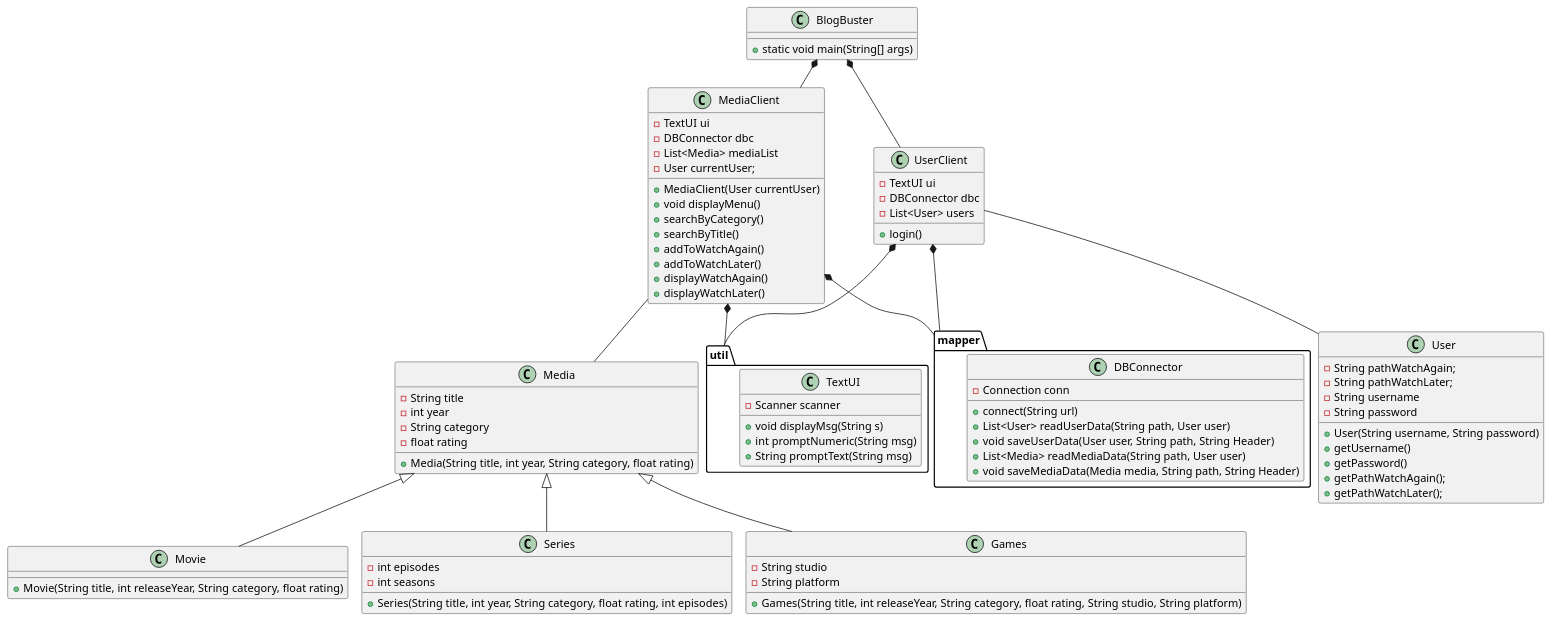
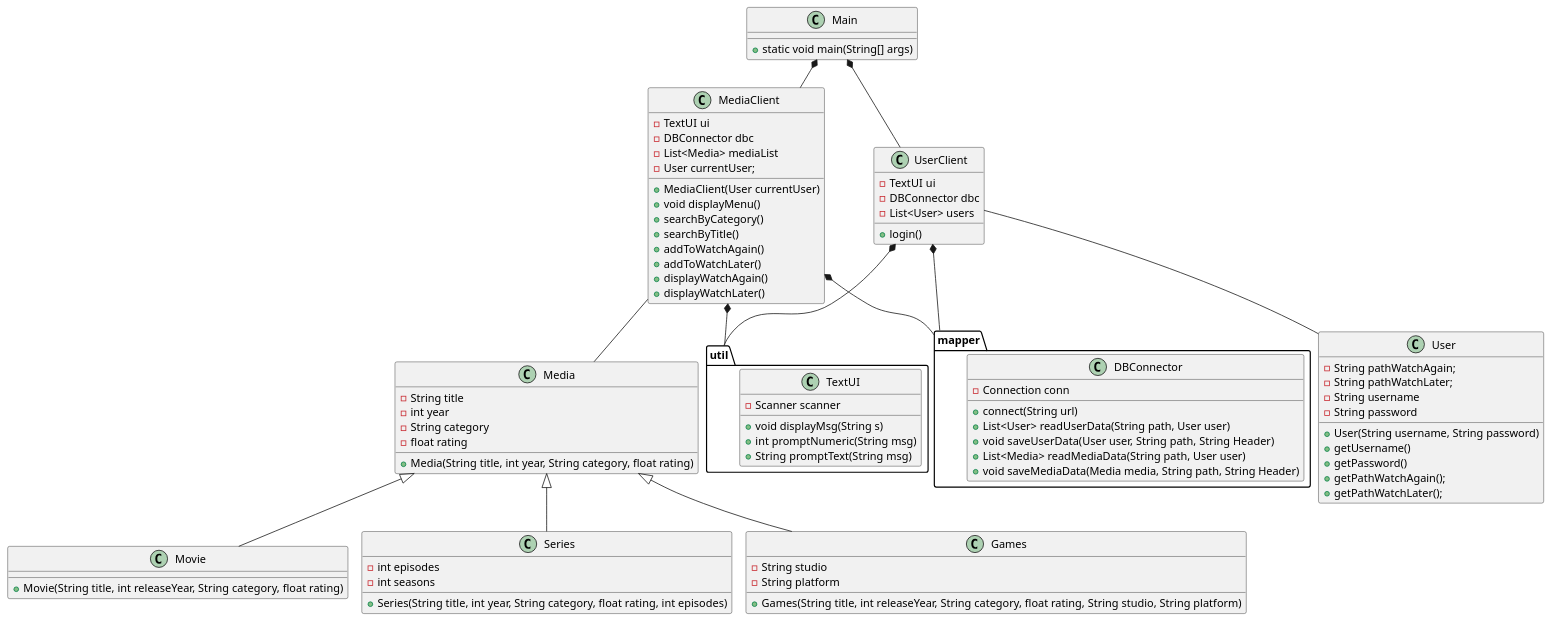
The diagram in docs/classdiagram_v0.puml (b-rino/ICE), drawn with PlantUML before and after one commit. The commit also changed 8 other files, not shown here.

Commit message:
Updated UserClient and media menu

```diff
--- a/docs/classdiagram_v0.puml
+++ b/docs/classdiagram_v0.puml
@@ -1,106 +1,106 @@
 @startuml
 !pragma layout smetana
 
-class BlogBuster{
+class Main{
 + static void main(String[] args)
 
 }
 
 class Media{
 - String title
 - int year
 - String category
 - float rating
 +Media(String title, int year, String category, float rating)
 
 }
 
 class MediaClient{
 -TextUI ui
 -DBConnector dbc
 -List<Media> mediaList
 -User currentUser;
 +MediaClient(User currentUser)
 +void displayMenu()
 +searchByCategory()
 +searchByTitle()
 +addToWatchAgain()
 +addToWatchLater()
 +displayWatchAgain()
 +displayWatchLater()
 }
 
 
 class User{
 -String pathWatchAgain;
 -String pathWatchLater;
 -String username
 -String password
 +User(String username, String password)
 +getUsername()
 +getPassword()
 +getPathWatchAgain();
 +getPathWatchLater();
 }
 
 
 class Movie{
 
 + Movie(String title, int releaseYear, String category, float rating)
 }
 
 class Series{
 - int episodes
 - int seasons
 +Series(String title, int year, String category, float rating, int episodes)
 }
 
 class Games{
 - String studio
 - String platform
 + Games(String title, int releaseYear, String category, float rating, String studio, String platform)
 }
 
 
 class UserClient{
 -TextUI ui
 -DBConnector dbc
 -List<User> users
 +login()
 }
 
 
 package "util" {
 class TextUI{
 - Scanner scanner
 +void displayMsg(String s)
 +int promptNumeric(String msg)
 +String promptText(String msg)
 }
 }
 
 package "mapper" {
 class DBConnector{
 - Connection conn
 + connect(String url)
 +List<User> readUserData(String path, User user)
 +void saveUserData(User user, String path, String Header)
 +List<Media> readMediaData(String path, User user)
 +void saveMediaData(Media media, String path, String Header)
 }
 }
 
 
 Media<|--Series
 Media <|-- Movie
-BlogBuster *-- MediaClient
+Main *-- MediaClient
 MediaClient *-- "util"
 MediaClient -- Media
-BlogBuster *-- UserClient
+Main *-- UserClient
 UserClient -- User
 UserClient *--"util"
 UserClient *-- "mapper"
 MediaClient *-- "mapper"
 Media <|-- Games
 
 @enduml
```
